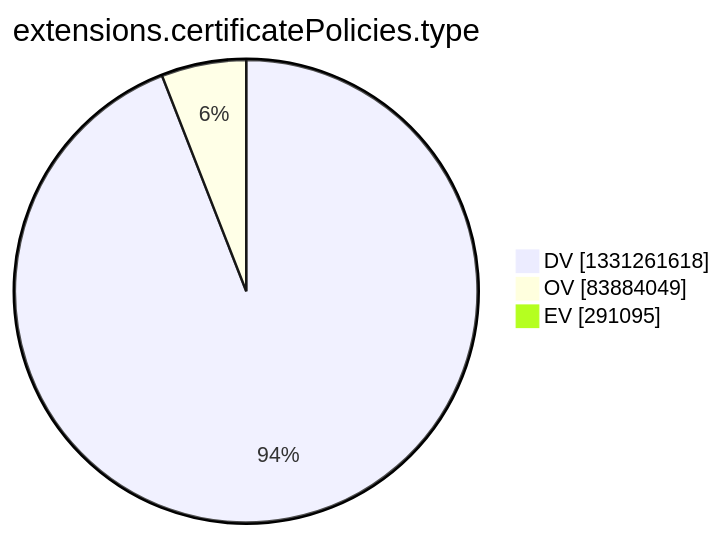
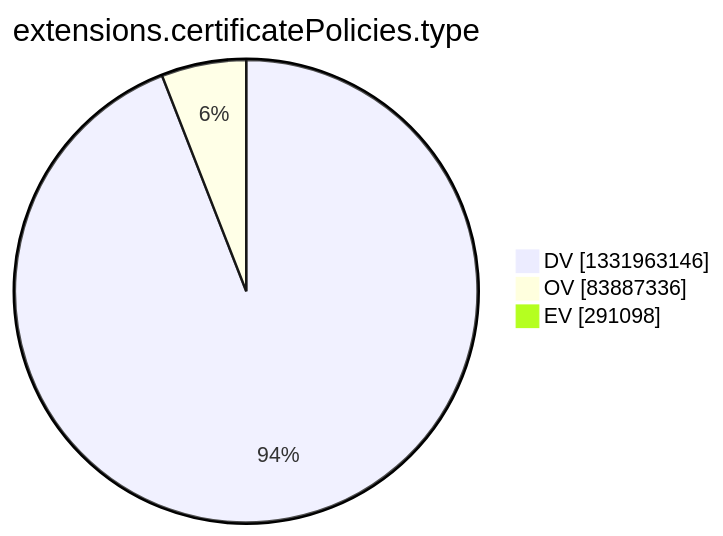
One commit to christiankrug/ctmonitor_visualization changed the tenth of 15 diagrams in argon2022/README.md. Above: the diagram before and after it, drawn with Mermaid. The commit also changed other lines of this file, not shown here.

````diff
--- a/argon2022/README.md
+++ b/argon2022/README.md
@@ -2773,7 +2773,7 @@
 ```mermaid
 pie showData
 title extensions.certificatePolicies.type
-"DV" :1331261618
-"OV" :83884049
-"EV" :291095
+"DV" :1331963146
+"OV" :83887336
+"EV" :291098
 ```
````
